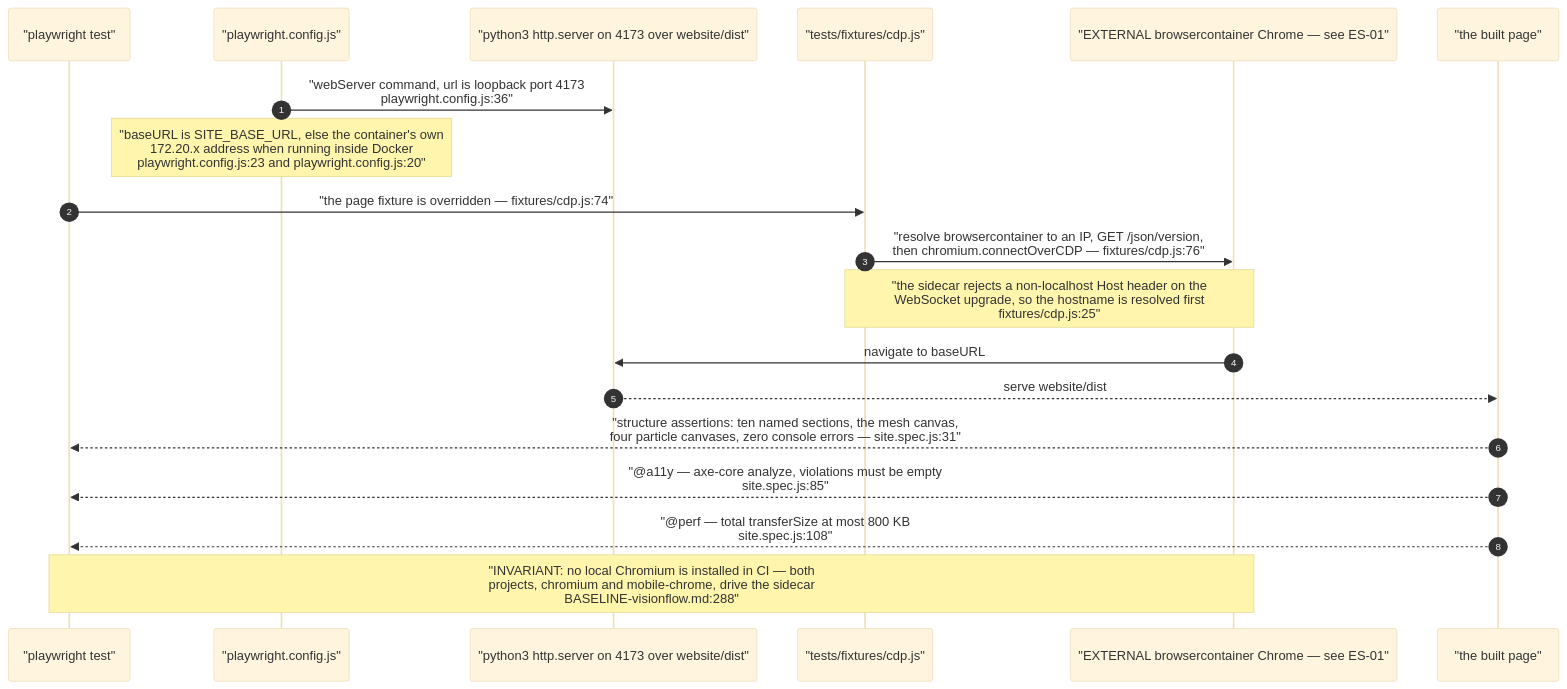
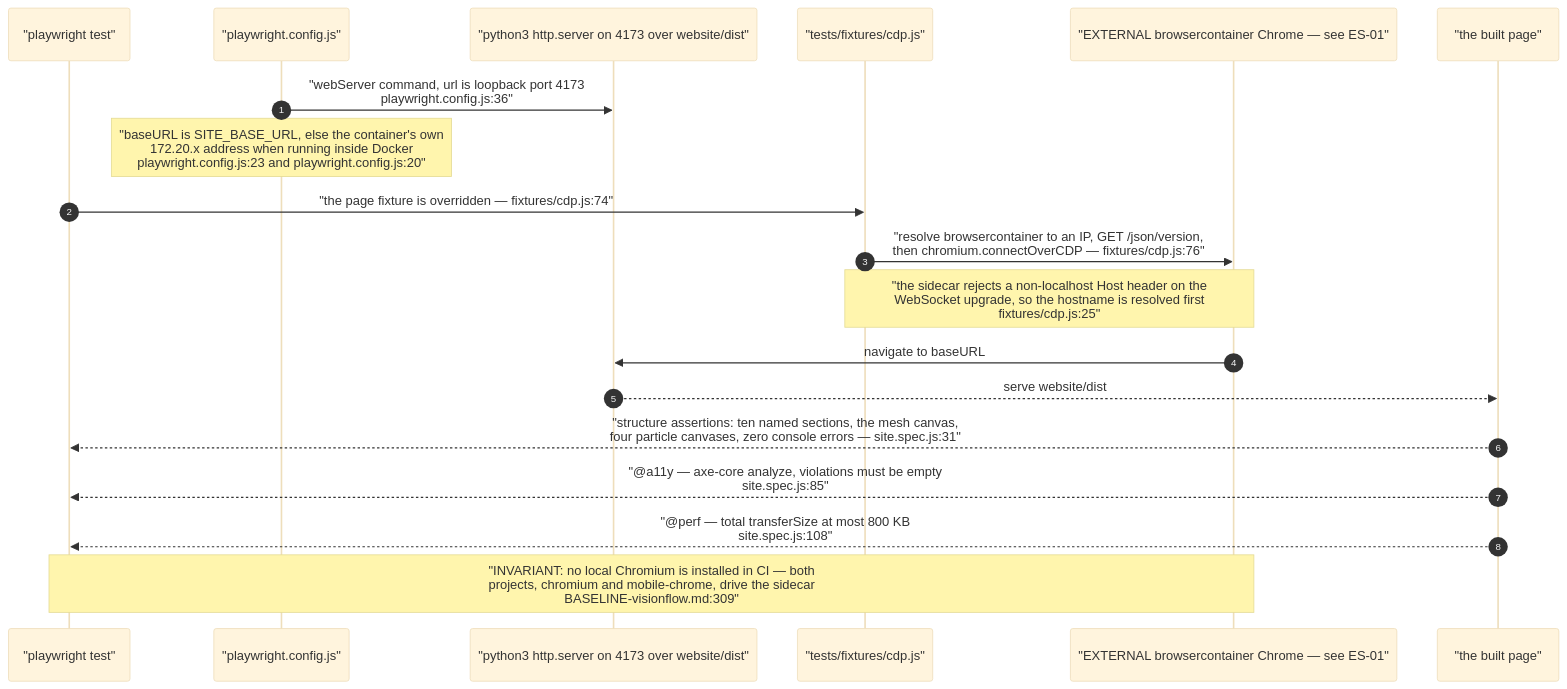
Before and after one commit to DreamLab-AI/VisionFlow: the tenth of 12 diagrams in docs/diagrams/visionflow/02-website-build-and-deploy.md, drawn with Mermaid (base theme). The commit also changed other lines of this file and 80 other files, not shown here.

First line of the commit message:
docs(diagrams): re-verify the agentbox, dreamlab, estate and visionflow corpus against current sources

````diff
--- a/docs/diagrams/visionflow/02-website-build-and-deploy.md
+++ b/docs/diagrams/visionflow/02-website-build-and-deploy.md
@@ -295,22 +295,22 @@
 ```mermaid
 sequenceDiagram
     autonumber
     participant T as "playwright test"
     participant C as "playwright.config.js"
     participant WS as "python3 http.server on 4173 over website/dist"
     participant FX as "tests/fixtures/cdp.js"
     participant CH as "EXTERNAL browsercontainer Chrome — see ES-01"
     participant P as "the built page"
 
     C->>WS: "webServer command, url is loopback port 4173<br/>playwright.config.js:36"
     Note over C: "baseURL is SITE_BASE_URL, else the container's own<br/>172.20.x address when running inside Docker<br/>playwright.config.js:23 and playwright.config.js:20"
     T->>FX: "the page fixture is overridden — fixtures/cdp.js:74"
     FX->>CH: "resolve browsercontainer to an IP, GET /json/version,<br/>then chromium.connectOverCDP — fixtures/cdp.js:76"
     Note over FX,CH: "the sidecar rejects a non-localhost Host header on the<br/>WebSocket upgrade, so the hostname is resolved first<br/>fixtures/cdp.js:25"
     CH->>WS: navigate to baseURL
     WS-->>P: serve website/dist
     P-->>T: "structure assertions: ten named sections, the mesh canvas,<br/>four particle canvases, zero console errors — site.spec.js:31"
     P-->>T: "@a11y — axe-core analyze, violations must be empty<br/>site.spec.js:85"
     P-->>T: "@perf — total transferSize at most 800 KB<br/>site.spec.js:108"
-    Note over T,CH: "INVARIANT: no local Chromium is installed in CI — both<br/>projects, chromium and mobile-chrome, drive the sidecar<br/>BASELINE-visionflow.md:288"
+    Note over T,CH: "INVARIANT: no local Chromium is installed in CI — both<br/>projects, chromium and mobile-chrome, drive the sidecar<br/>BASELINE-visionflow.md:309"
 ```
````
